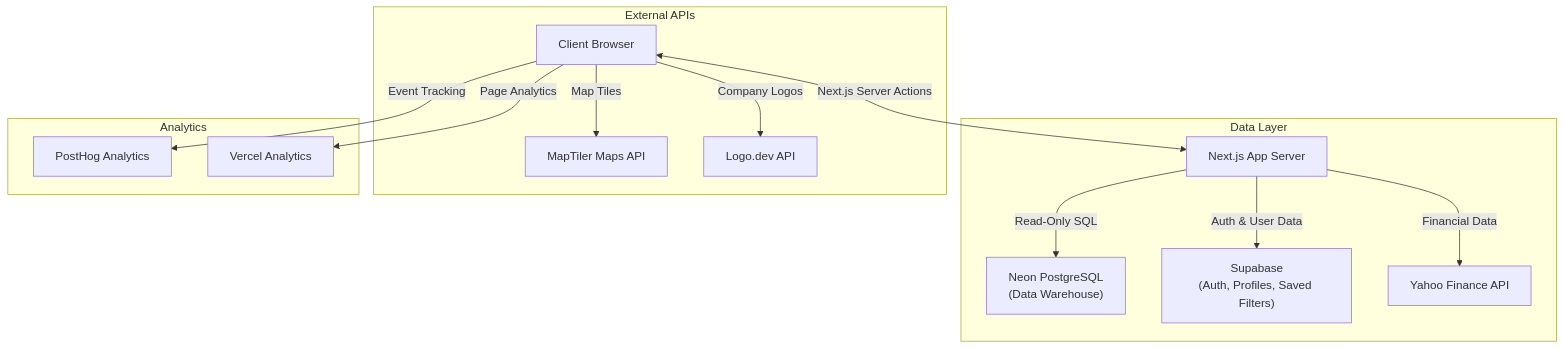
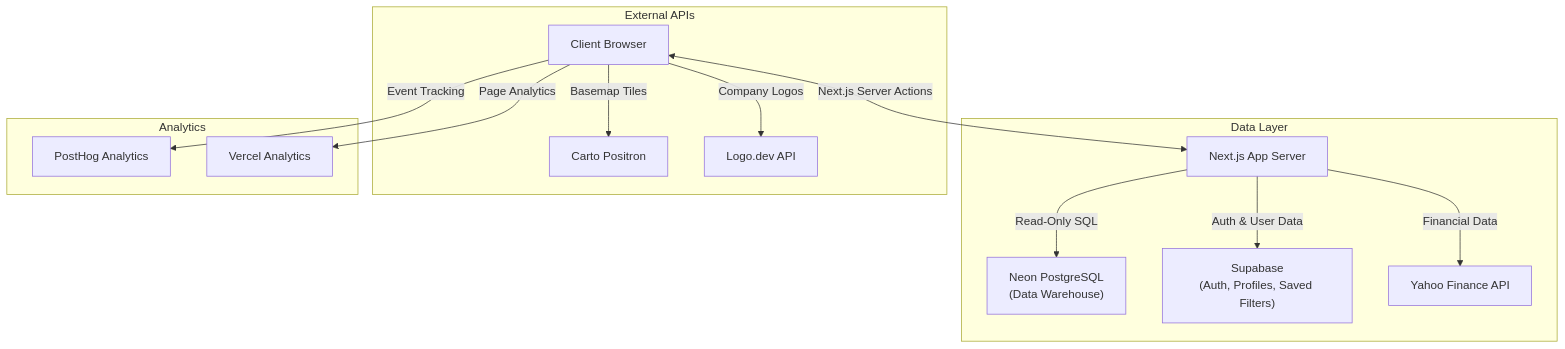
One commit to Bamboo-Reports/bamboo-reports-main changed the diagram in README.md. Above: the diagram before and after it, drawn with Mermaid. The commit also changed other lines of this file and 22 other files, not shown here.

````diff
--- a/README.md
+++ b/README.md
@@ -98,20 +98,20 @@
 ```mermaid
 graph TD
     Client[Client Browser] <-->|Next.js Server Actions| AppServer[Next.js App Server]
 
     subgraph Data Layer
         AppServer -->|Read-Only SQL| Neon["Neon PostgreSQL<br/>(Data Warehouse)"]
         AppServer -->|Auth & User Data| Supabase["Supabase<br/>(Auth, Profiles, Saved Filters)"]
         AppServer -->|Financial Data| YahooFinance["Yahoo Finance API"]
     end
 
     subgraph External APIs
-        Client -->|Map Tiles| MapTiler[MapTiler Maps API]
+        Client -->|Basemap Tiles| Carto[Carto Positron]
         Client -->|Company Logos| LogoDev[Logo.dev API]
     end
 
     subgraph Analytics
         Client -->|Event Tracking| PostHog[PostHog Analytics]
         Client -->|Page Analytics| Vercel[Vercel Analytics]
     end
 ```
````
